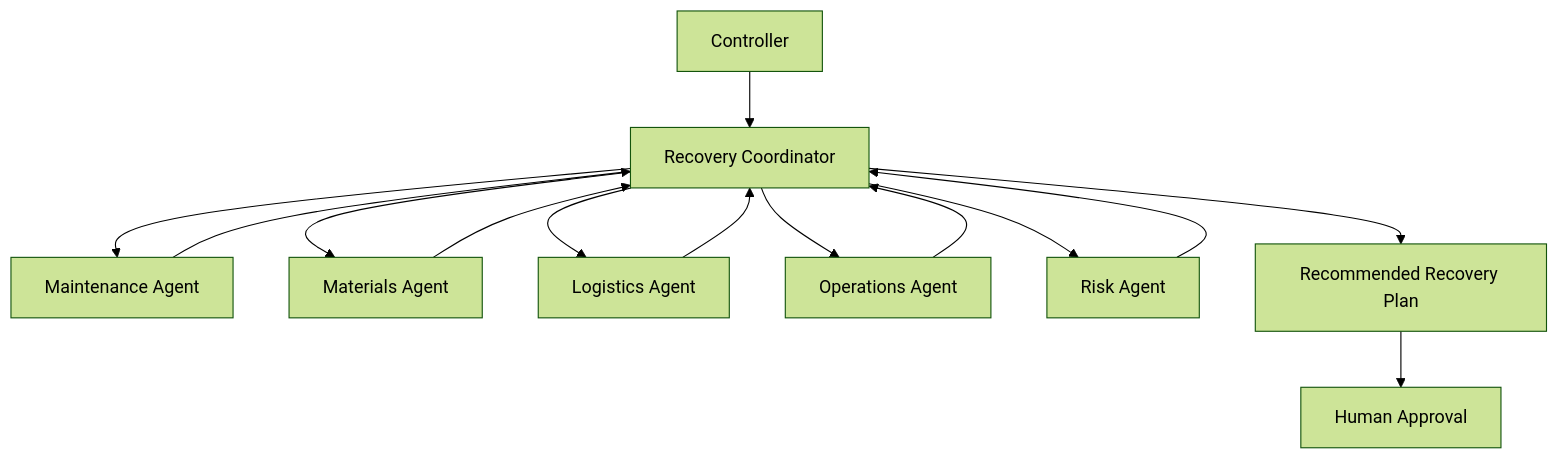
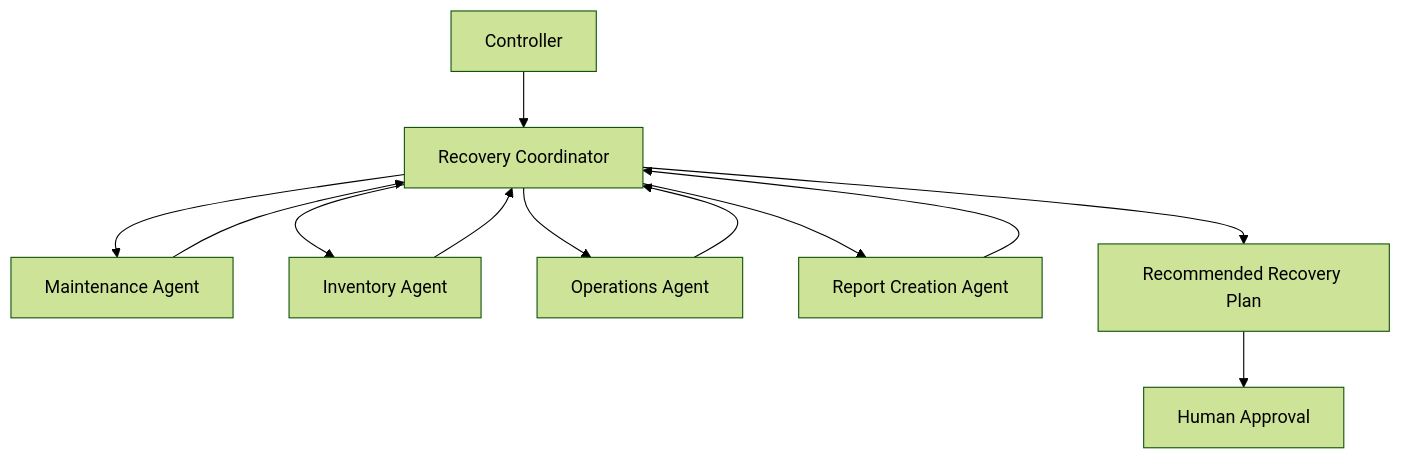
The second of 3 diagrams in propsal.md (jguttikonda/fde_us03_cap), drawn with Mermaid (forest theme) before and after one commit. The commit also changed other lines of this file and 1 other file, not shown here.

````diff
--- a/propsal.md
+++ b/propsal.md
@@ -114,17 +130,15 @@
 ```mermaid
 flowchart TB
 User[Controller]
 User --> RC[Recovery Coordinator]
 RC --> MA[Maintenance Agent]
-RC --> MTA[Materials Agent]
-RC --> LA[Logistics Agent]
+RC --> IA[Inventory Agent]
 RC --> OA[Operations Agent]
-RC --> RA[Risk Agent]
+RC --> RA[Report Creation Agent]
 MA --> RC
-MTA --> RC
-LA --> RC
+IA --> RC
 OA --> RC
 RA --> RC
 RC --> Decision[Recommended Recovery Plan]
 Decision --> Human[Human Approval]
 ```
````
